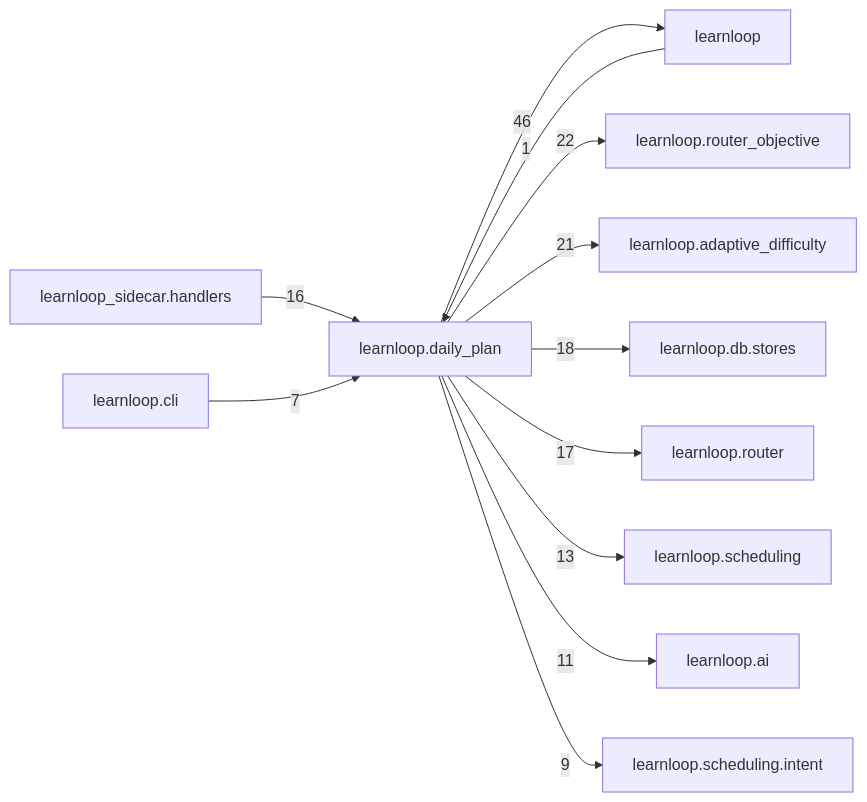
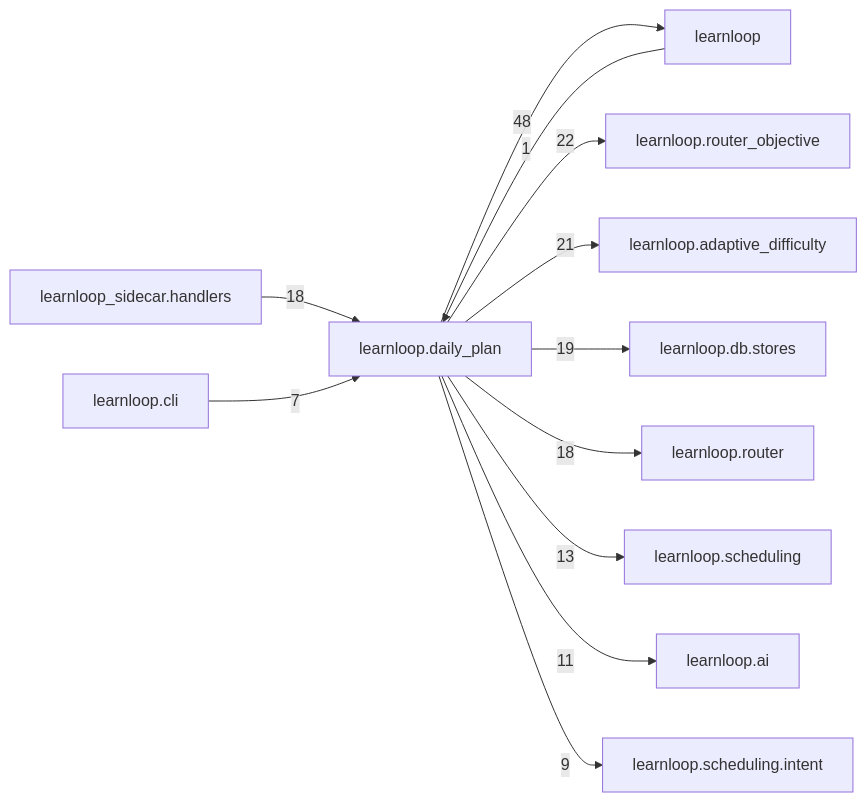
Before and after one commit to 6up-b/learnanything: the diagram in docs/learnloop-architecture-vault/Reference/Modules/learnloop/daily_plan/_package.md, drawn with Mermaid. The commit also changed other lines of this file and 533 other files, not shown here.

````diff
--- a/docs/learnloop-architecture-vault/Reference/Modules/learnloop/daily_plan/_package.md
+++ b/docs/learnloop-architecture-vault/Reference/Modules/learnloop/daily_plan/_package.md
@@ -160,25 +162,25 @@
 ```mermaid
 flowchart LR
     center["learnloop.daily_plan"]
     n_learnloop["learnloop"]
     n_learnloop_router_objective["learnloop.router_objective"]
     n_learnloop_adaptive_difficulty["learnloop.adaptive_difficulty"]
     n_learnloop_db_stores["learnloop.db.stores"]
     n_learnloop_router["learnloop.router"]
     n_learnloop_sidecar_handlers["learnloop_sidecar.handlers"]
     n_learnloop_scheduling["learnloop.scheduling"]
     n_learnloop_ai["learnloop.ai"]
     n_learnloop_scheduling_intent["learnloop.scheduling.intent"]
     n_learnloop_cli["learnloop.cli"]
     n_learnloop -->|1| center
-    center -->|46| n_learnloop
+    center -->|48| n_learnloop
     center -->|22| n_learnloop_router_objective
     center -->|21| n_learnloop_adaptive_difficulty
-    center -->|18| n_learnloop_db_stores
-    center -->|17| n_learnloop_router
-    n_learnloop_sidecar_handlers -->|16| center
+    center -->|19| n_learnloop_db_stores
+    center -->|18| n_learnloop_router
+    n_learnloop_sidecar_handlers -->|18| center
     center -->|13| n_learnloop_scheduling
     center -->|11| n_learnloop_ai
     center -->|9| n_learnloop_scheduling_intent
     n_learnloop_cli -->|7| center
 ```
````
